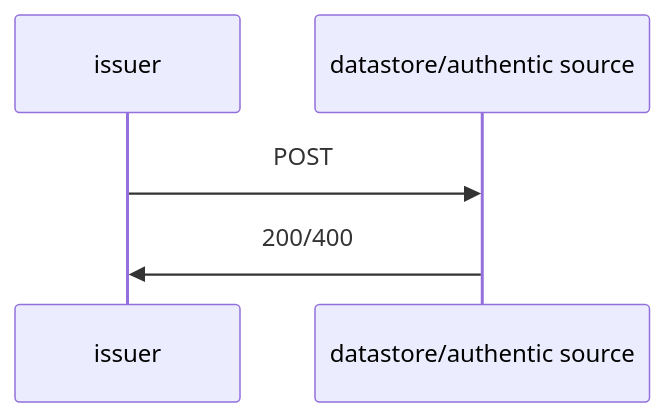
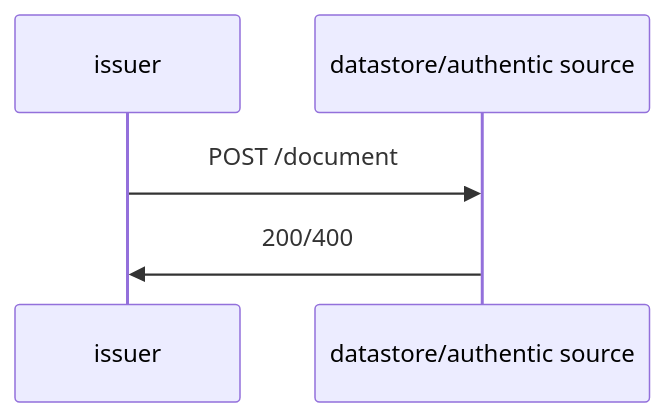
The sixth of 8 diagrams in standards/apiv21.md (dc4eu/vc), drawn with Mermaid before and after one commit. The commit also changed other lines of this file, not shown here.

````diff
--- a/standards/apiv21.md
+++ b/standards/apiv21.md
@@ -308,5 +308,5 @@
 ```mermaid
 sequenceDiagram;
-    issuer->>datastore/authentic source: POST;
+    issuer->>datastore/authentic source: POST /document;
     datastore/authentic source->>issuer: 200/400;
 ```
````
